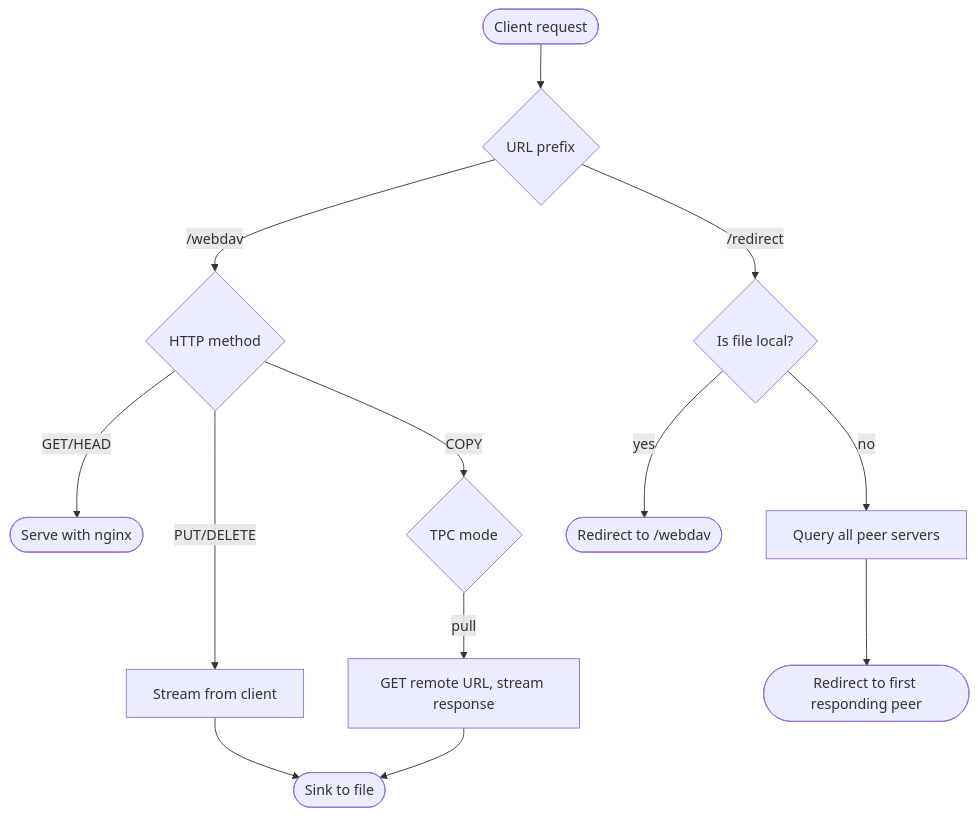
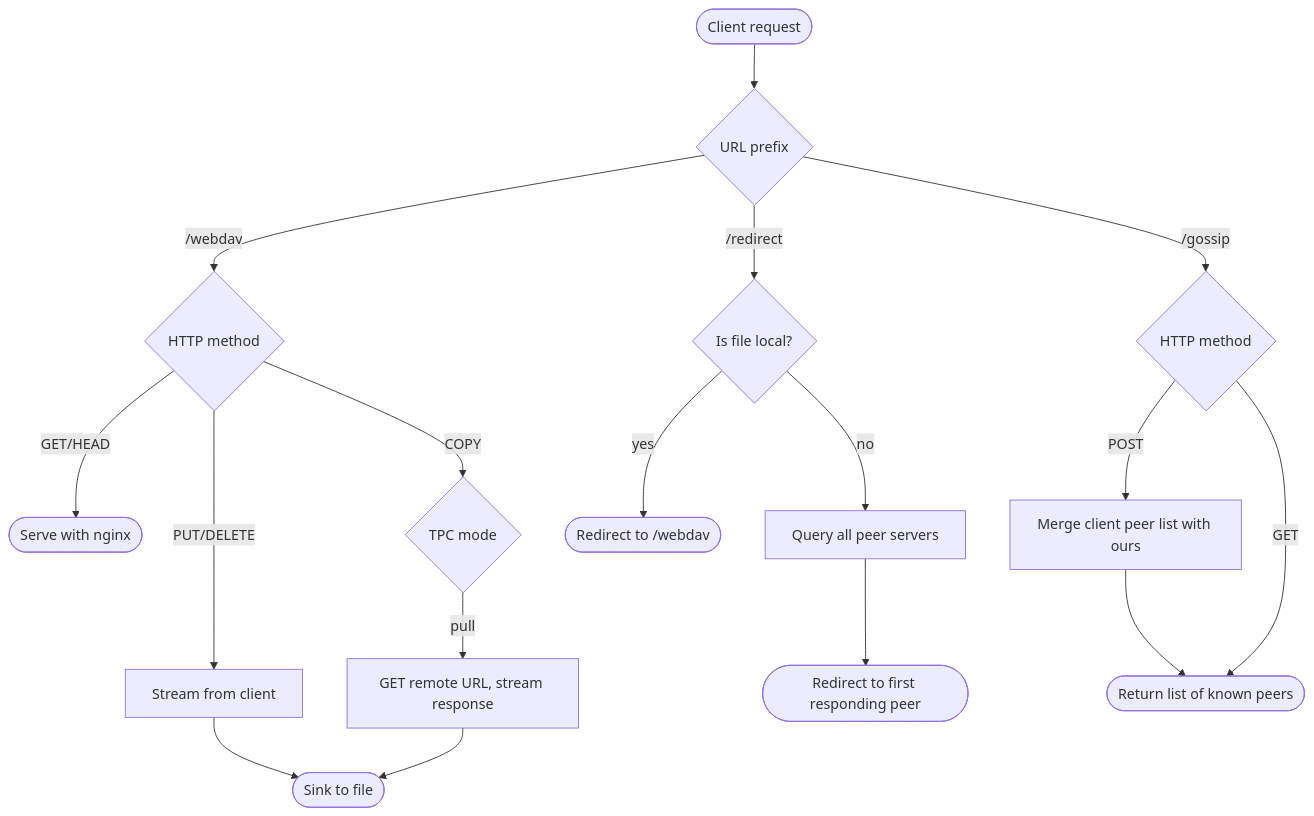
The first of 2 diagrams in README.md (hepcdn/nginx-webdav), drawn with Mermaid before and after one commit. The commit also changed other lines of this file, not shown here.

Commit message:
Add gossip loop flowchart

````diff
--- a/README.md
+++ b/README.md
@@ -86,14 +88,18 @@
 ```mermaid
 flowchart TD
     req(["Client request"])
     req --> endpoint{"URL prefix"}
 
     endpoint -- /webdav --> method{"HTTP method"}
     method -- GET/HEAD --> webdav_read(["Serve with nginx"])
     method -- PUT/DELETE --> stream["Stream from client"] --> webdav_write(["Sink to file"])
     method -- COPY --> webdav_tpc{"TPC mode"} -- pull --> push["GET remote URL, stream response"] --> webdav_write
 
     endpoint -- /redirect --> local_check{"Is file local?"}
     local_check -- no --> redirect_query["Query all peer servers"] --> redirect_end(["Redirect to first responding peer"])
     local_check -- yes --> redirect_local(["Redirect to /webdav"])
+
+    endpoint -- /gossip --> gmethod{"HTTP method"}
+    gmethod -- POST --> handler["Merge client peer list with ours"] --> greply
+    gmethod -- GET --> greply(["Return list of known peers"])
 ```
````
